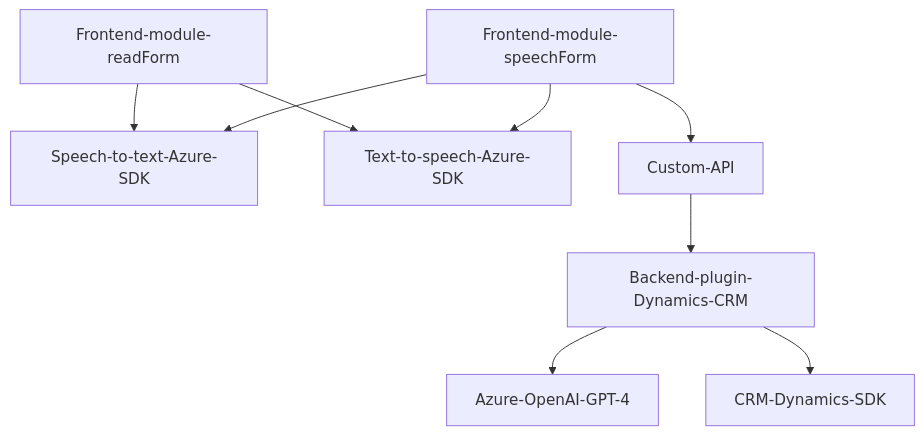
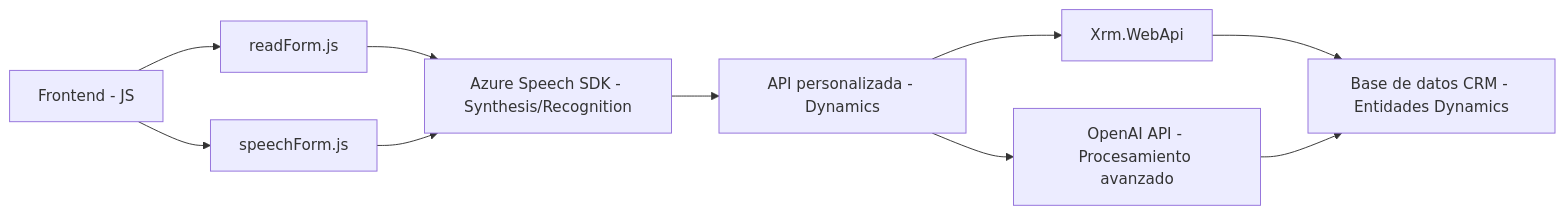
One commit to blopezdm/NETCORE_BILBAO2025 changed the diagram in README.md. Above: the diagram before and after it, drawn with Mermaid. The commit also changed other lines of this file, not shown here.

````diff
--- a/README.md
+++ b/README.md
@@ -38,11 +37,12 @@
 ```mermaid
-graph TD
-    A[Frontend-module-readForm] --> B[Speech-to-text-Azure-SDK]
-    A --> C[Text-to-speech-Azure-SDK]
-    D[Frontend-module-speechForm] --> B
-    D --> C
-    D --> E[Custom-API]
-    E --> F[Backend-plugin-Dynamics-CRM]
-    F --> G[Azure-OpenAI-GPT-4]
-    F --> H[CRM-Dynamics-SDK]
+graph LR
+    A["Frontend - JS"] --> B["readForm.js"]
+    A --> C["speechForm.js"]
+    B --> D["Azure Speech SDK - Synthesis/Recognition"]
+    C --> D
+    D --> E["API personalizada - Dynamics"]
+    E --> F["OpenAI API - Procesamiento avanzado"]
+    E --> G["Xrm.WebApi"]
+    G --> H["Base de datos CRM - Entidades Dynamics"]
+    F --> H
 ```
````
